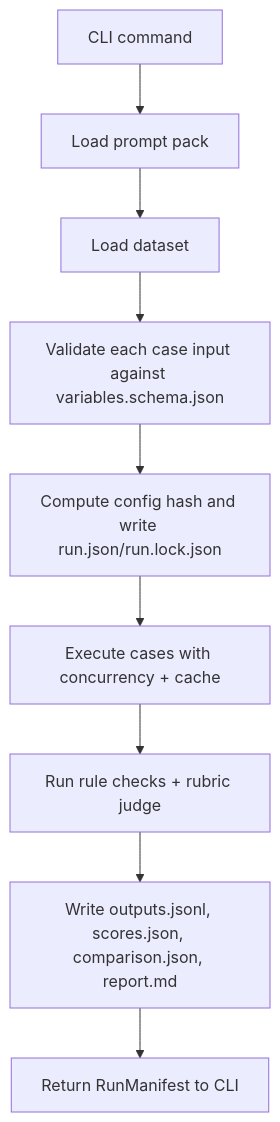
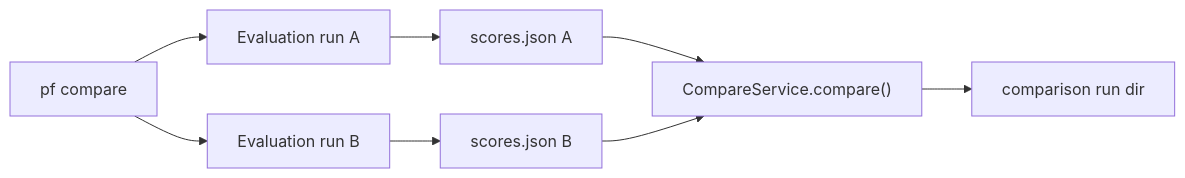
One commit to MikesHorcrux/PromptForge changed the second of 4 diagrams in docs/runtime-and-pipeline.md. Above: the diagram before and after it, drawn with Mermaid. The commit also changed other lines of this file and 18 other files, not shown here.

````diff
--- a/docs/runtime-and-pipeline.md
+++ b/docs/runtime-and-pipeline.md
@@ -89,11 +65,10 @@
 ```mermaid
-flowchart TD
-  Start["CLI command"] --> LoadPrompt["Load prompt pack"]
-  LoadPrompt --> LoadDataset["Load dataset"]
-  LoadDataset --> Validate["Validate each case input against variables.schema.json"]
-  Validate --> Init["Compute config hash and write run.json/run.lock.json"]
-  Init --> Execute["Execute cases with concurrency + cache"]
-  Execute --> Score["Run rule checks + rubric judge"]
-  Score --> Persist["Write outputs.jsonl, scores.json, comparison.json, report.md"]
-  Persist --> Done["Return RunManifest to CLI"]
+flowchart LR
+  Compare["pf compare"] --> RunA["Evaluation run A"]
+  Compare --> RunB["Evaluation run B"]
+  RunA --> ScoresA["scores.json A"]
+  RunB --> ScoresB["scores.json B"]
+  ScoresA --> CompareSvc["CompareService.compare()"]
+  ScoresB --> CompareSvc
+  CompareSvc --> CmpRun["comparison run dir"]
 ```
````
